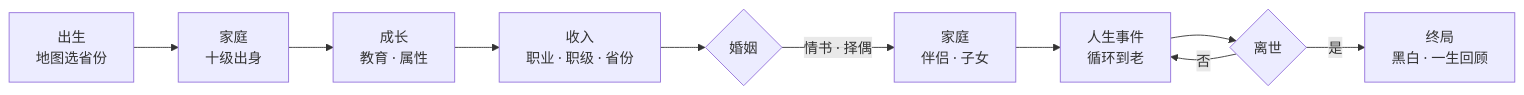
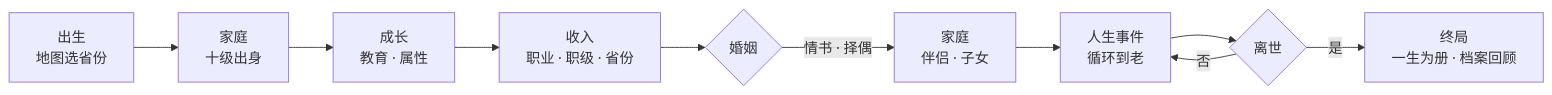
Before and after one commit to cdlixuefeng/earth-online-cn: the diagram in README.md, drawn with Mermaid. The commit also changed other lines of this file and 4 other files, not shown here.

````diff
--- a/README.md
+++ b/README.md
@@ -21,12 +21,12 @@
 ```mermaid
 flowchart LR
     A[出生<br/>地图选省份] --> B[家庭<br/>十级出身]
     B --> C[成长<br/>教育 · 属性]
     C --> D[收入<br/>职业 · 职级 · 省份]
     D --> E{婚姻}
     E -->|情书 · 择偶| F[家庭<br/>伴侣 · 子女]
     F --> G[人生事件<br/>循环到老]
     G --> H{离世}
-    H -->|是| I[终局<br/>黑白 · 一生回顾]
+    H -->|是| I[终局<br/>一生为册 · 档案回顾]
     H -->|否| G
 ```
````
